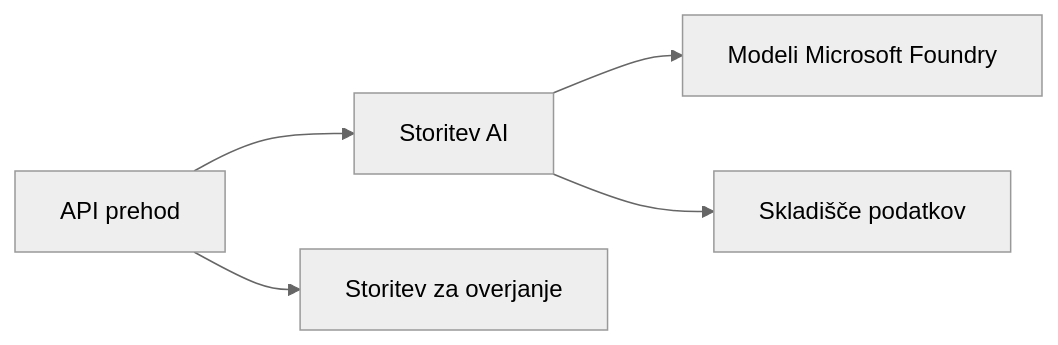
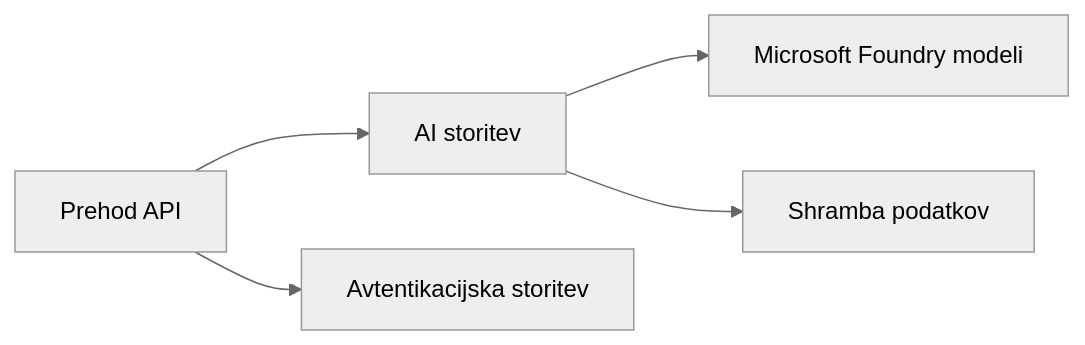
One commit to microsoft/AZD-for-beginners changed the first of 2 diagrams in translations/sl/docs/chapter-08-production/README.md. Above: the diagram before and after it, drawn with Mermaid (neutral theme). The commit also changed other lines of this file and 60 other files, not shown here.

````diff
--- a/translations/sl/docs/chapter-08-production/README.md
+++ b/translations/sl/docs/chapter-08-production/README.md
@@ -48,6 +48,6 @@
 ```mermaid
 graph LR
-    Gateway[API prehod] --> AI[Storitev AI] --> Models[Modeli Microsoft Foundry]
-    Gateway --> Auth[Storitev za overjanje]
-    AI --> Data[Skladišče podatkov]
+    Gateway[Prehod API] --> AI[AI storitev] --> Models[Microsoft Foundry modeli]
+    Gateway --> Auth[Avtentikacijska storitev]
+    AI --> Data[Shramba podatkov]
 ```
````
